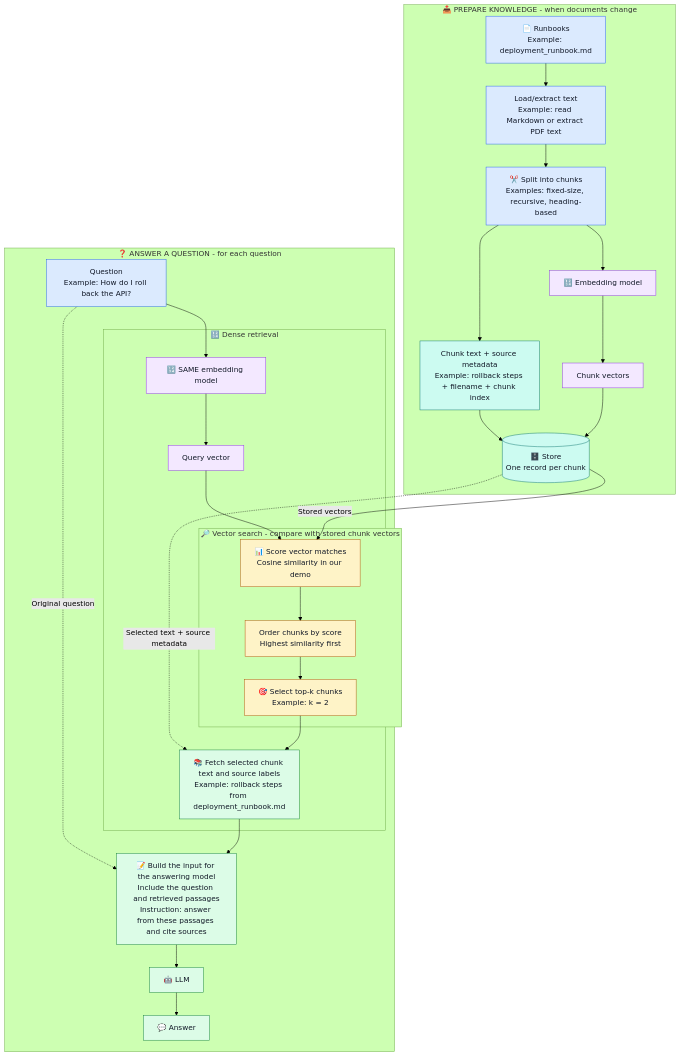
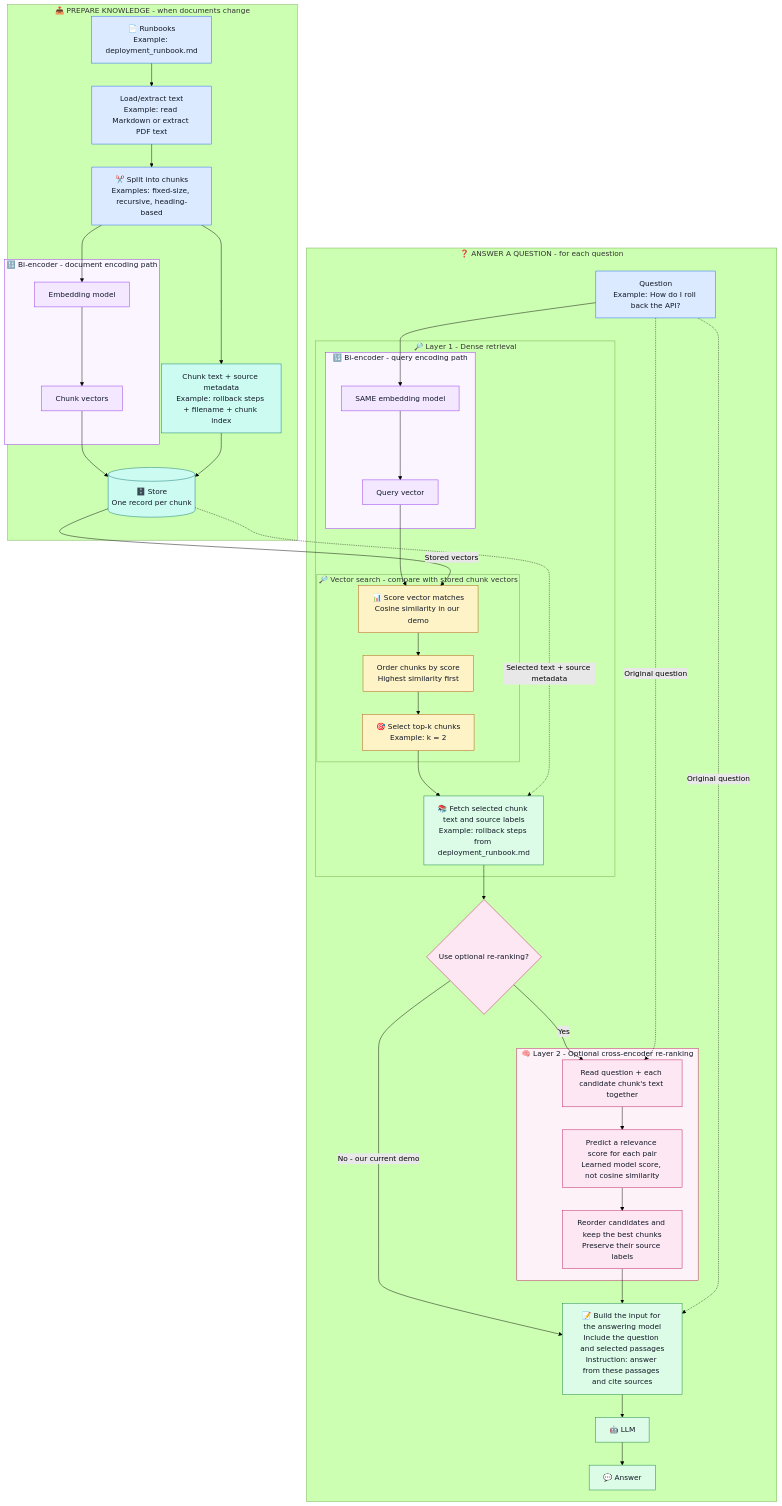
One commit to shamim-iq/RAG-Course changed the diagram in Theory/00_start_here_rag_fundamentals.md. Above: the diagram before and after it, drawn with Mermaid (forest theme). The commit also changed other lines of this file, not shown here.

Commit message:
docs: show optional cross-encoder reranking layer

````diff
--- a/Theory/00_start_here_rag_fundamentals.md
+++ b/Theory/00_start_here_rag_fundamentals.md
@@ -23,44 +23,65 @@
 ```mermaid
 flowchart TD
     subgraph PREP["📥 PREPARE KNOWLEDGE - when documents change"]
         R["📄 Runbooks<br/>Example: deployment_runbook.md"] --> L["Load/extract text<br/>Example: read Markdown or extract PDF text"]
         L --> C["✂️ Split into chunks<br/>Examples: fixed-size, recursive, heading-based"]
-        C --> E["🔢 Embedding model"] --> V["Chunk vectors"]
+        subgraph BIDOC["🔢 Bi-encoder - document encoding path"]
+            E["Embedding model"] --> V["Chunk vectors"]
+        end
+        C --> E
         C --> T["Chunk text + source metadata<br/>Example: rollback steps + filename + chunk index"]
         V --> S[("🗄️ Store<br/>One record per chunk")]
         T --> S
     end
 
     subgraph ASK["❓ ANSWER A QUESTION - for each question"]
         Q["Question<br/>Example: How do I roll back the API?"]
-        subgraph DENSE["🔢 Dense retrieval"]
-            QE["🔢 SAME embedding model"] --> QV["Query vector"]
+        subgraph DENSE["🔎 Layer 1 - Dense retrieval"]
+            subgraph BIQUERY["🔢 Bi-encoder - query encoding path"]
+                QE["SAME embedding model"] --> QV["Query vector"]
+            end
             subgraph SEARCH["🔎 Vector search - compare with stored chunk vectors"]
                 SCORE["📊 Score vector matches<br/>Cosine similarity in our demo"]
                 RANK["Order chunks by score<br/>Highest similarity first"]
                 K["🎯 Select top-k chunks<br/>Example: k = 2"]
                 SCORE --> RANK --> K
             end
             QV --> SCORE
             K --> CONTEXT["📚 Fetch selected chunk text and source labels<br/>Example: rollback steps from deployment_runbook.md"]
         end
         Q --> QE
-        CONTEXT --> P["📝 Build the input for the answering model<br/>Include the question and retrieved passages<br/>Instruction: answer from these passages and cite sources"]
+        CONTEXT --> USE{"Use optional re-ranking?"}
+        subgraph CROSS["🧠 Layer 2 - Optional cross-encoder re-ranking"]
+            PAIR["Read question + each candidate chunk's text together"]
+            RESCORE["Predict a relevance score for each pair<br/>Learned model score, not cosine similarity"]
+            KEEP["Reorder candidates and keep the best chunks<br/>Preserve their source labels"]
+            PAIR --> RESCORE --> KEEP
+        end
+        USE -->|Yes| PAIR
+        Q -.->|Original question| PAIR
+        USE -->|No - our current demo| P
+        KEEP --> P
+        P["📝 Build the input for the answering model<br/>Include the question and selected passages<br/>Instruction: answer from these passages and cite sources"]
         Q -.->|Original question| P
         P --> LLM["🤖 LLM"] --> A["💬 Answer"]
     end
 
     S -->|Stored vectors| SCORE
     S -.->|Selected text + source metadata| CONTEXT
 
     classDef input fill:#dbeafe,stroke:#2563eb,color:#111827
     classDef embedding fill:#f3e8ff,stroke:#9333ea,color:#111827
     classDef storage fill:#ccfbf1,stroke:#0f766e,color:#111827
     classDef search fill:#fef3c7,stroke:#b45309,color:#111827
+    classDef rerank fill:#fce7f3,stroke:#be185d,color:#111827
     classDef result fill:#dcfce7,stroke:#15803d,color:#111827
     class R,L,C,Q input
     class E,V,QE,QV embedding
     class T,S storage
     class SCORE,RANK,K search
+    class USE,PAIR,RESCORE,KEEP rerank
     class CONTEXT,P,LLM,A result
+    style BIDOC fill:#faf5ff,stroke:#9333ea,color:#111827
+    style BIQUERY fill:#faf5ff,stroke:#9333ea,color:#111827
+    style CROSS fill:#fdf2f8,stroke:#be185d,color:#111827
 ```
````
